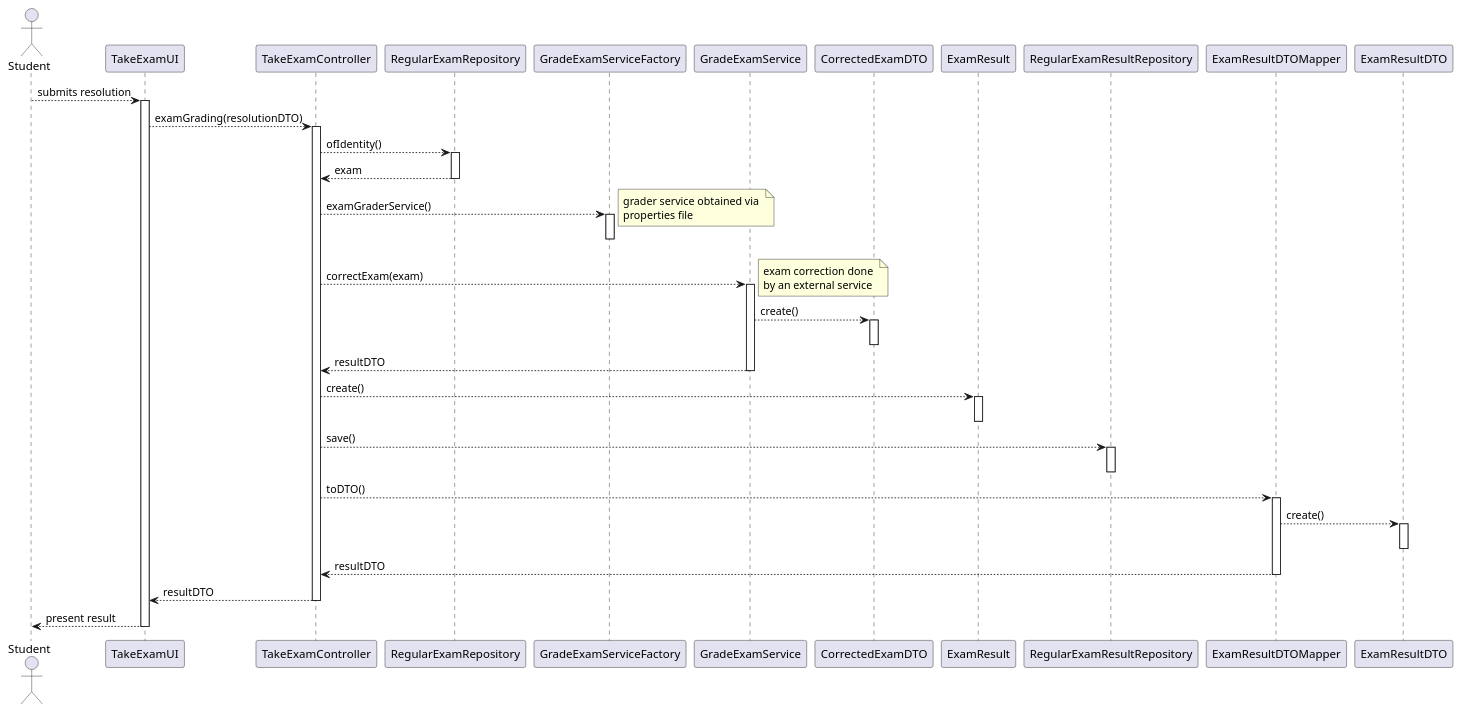
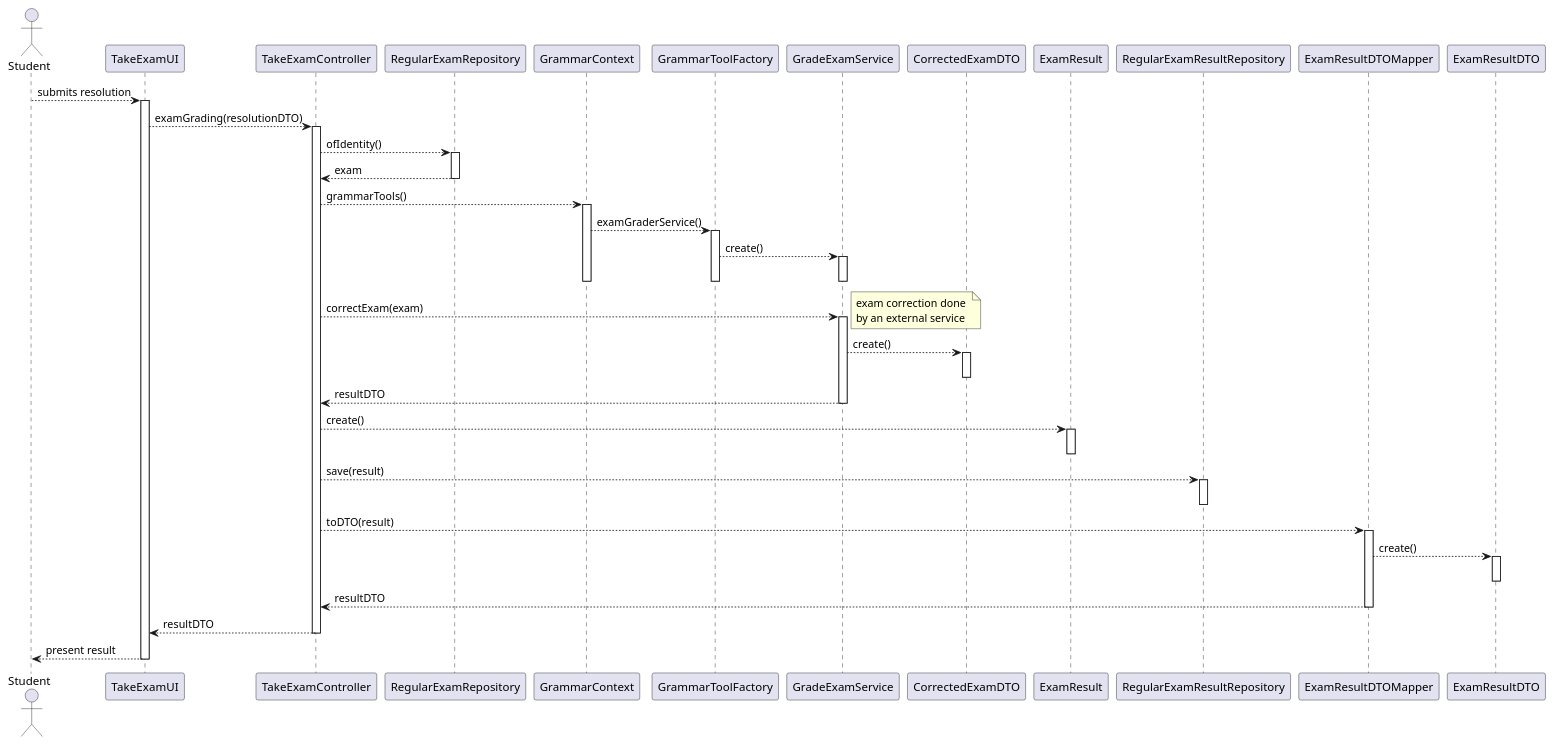
Before and after one commit to jovami/isep-lapr4: the diagram in docs/us_2004/gradeExamSD.puml, drawn with PlantUML. The commit also changed 5 other files, not shown here.

```diff
--- a/docs/us_2004/gradeExamSD.puml
+++ b/docs/us_2004/gradeExamSD.puml
@@ -1,63 +1,73 @@
 @startuml
+
 actor Student as student
+
 participant TakeExamUI as ui
 participant TakeExamController as ctrl
 
 participant RegularExamRepository as exam_repo
 
-participant GradeExamServiceFactory as grader_factory
+participant GrammarContext as ctx
+participant GrammarToolFactory as grepo
+
 participant GradeExamService as grader_svc
-
 participant CorrectedExamDTO as corrected_dto
 
 participant ExamResult as result
-
 participant RegularExamResultRepository as result_repo
 
 participant ExamResultDTOMapper as result_mapper
 participant ExamResultDTO as result_dto
 
 student --> ui : submits resolution
 activate ui
     ui --> ctrl : examGrading(resolutionDTO)
     activate ctrl
         ctrl --> exam_repo : ofIdentity()
         activate exam_repo
             exam_repo --> ctrl : exam
         deactivate exam_repo
 
-        ctrl --> grader_factory : examGraderService()
-        activate grader_factory
-            note right: grader service obtained via \nproperties file
-        deactivate grader_factory
+        ctrl --> ctx : grammarTools()
+        activate ctx
+            ctx --> grepo : examGraderService()
+            activate grepo
+                grepo --> grader_svc : create()
+                activate grader_svc
+                deactivate grader_svc
+            deactivate grepo
+        deactivate ctx
 
         ctrl --> grader_svc : correctExam(exam)
         activate grader_svc
             note right: exam correction done \nby an external service
             grader_svc --> corrected_dto : create()
             activate corrected_dto
             deactivate corrected_dto
             grader_svc --> ctrl : resultDTO
         deactivate grader_svc
 
         ctrl --> result : create()
         activate result
         deactivate result
 
-        ctrl --> result_repo : save()
+        ctrl --> result_repo : save(result)
         activate result_repo
         deactivate result_repo
 
-        ctrl --> result_mapper : toDTO()
+        ' NOTE: double-check what to do w/ feedback
+
+        ctrl --> result_mapper : toDTO(result)
         activate result_mapper
             result_mapper --> result_dto : create()
             activate result_dto
             deactivate result_dto
             result_mapper --> ctrl : resultDTO
         deactivate result_mapper
 
         ctrl --> ui : resultDTO
     deactivate ctrl
     ui --> student : present result
 deactivate ui
+
 @enduml
```
